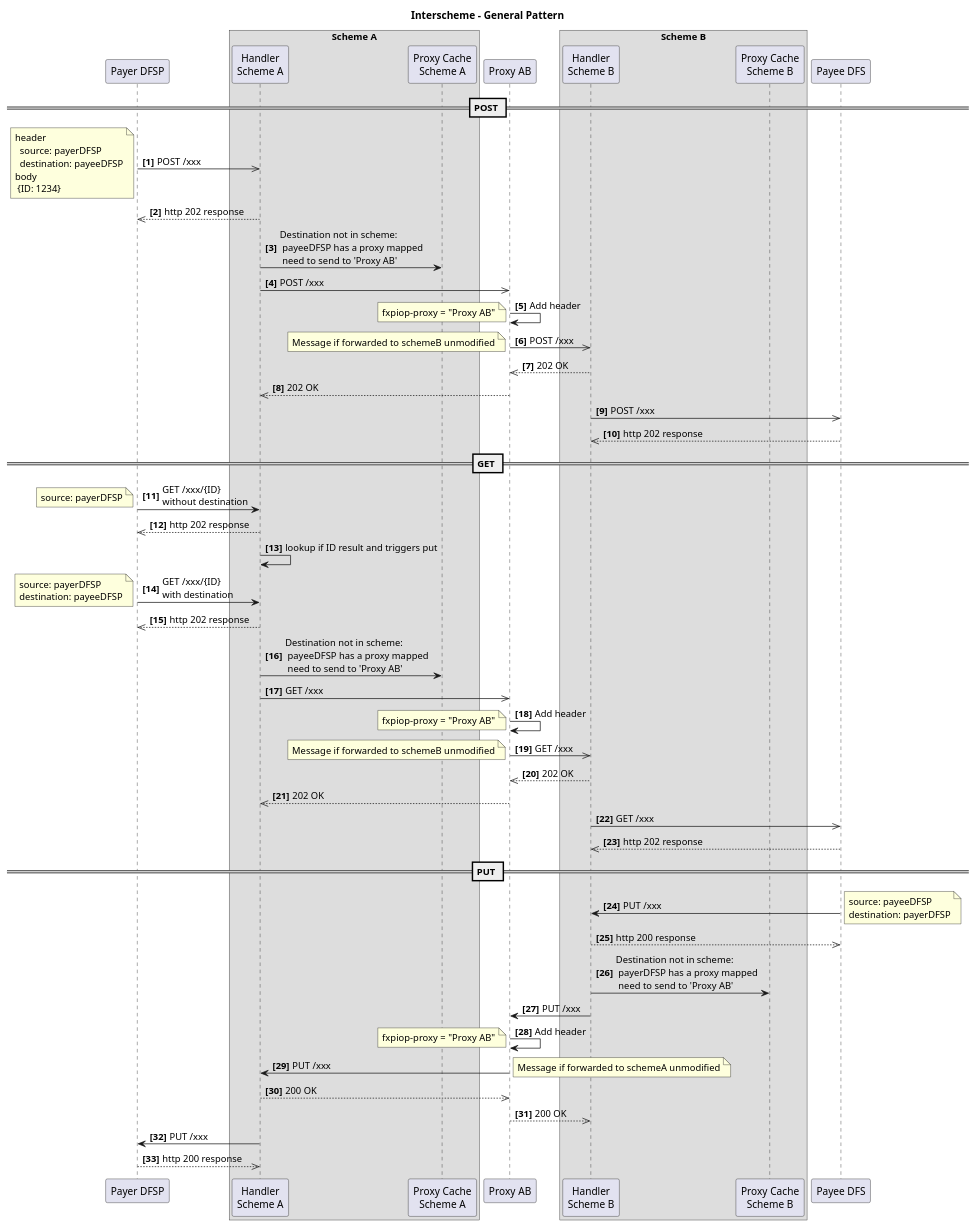
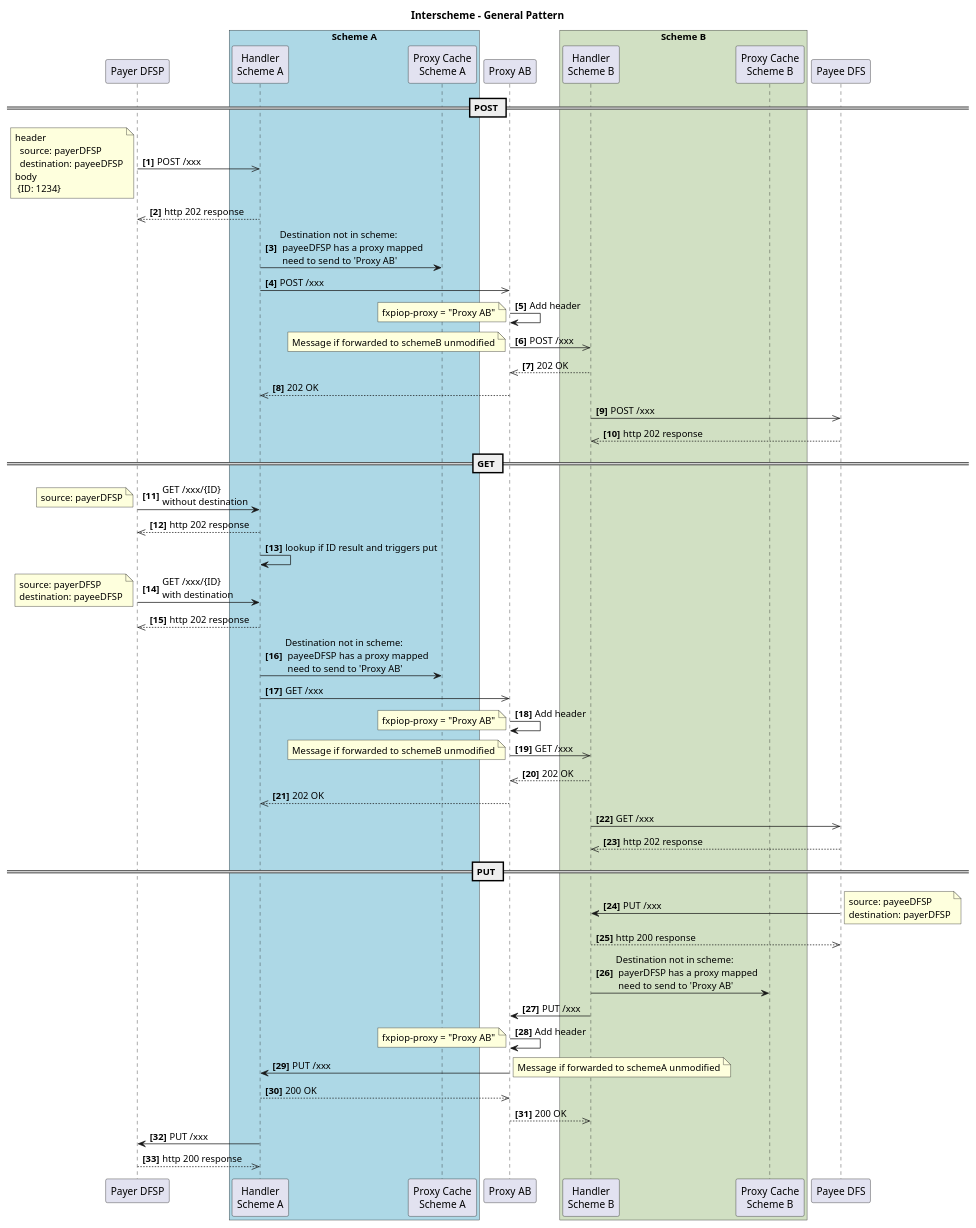
The diagram in docs/product/features/Interscheme/Interscheme - Happy path.plantuml (mojaloop/documentation), drawn with PlantUML before and after one commit. The commit also changed 14 other files, not shown here.

Commit message:
feat: Updated interscheme diagrams

```diff
--- a/docs/product/features/Interscheme/Interscheme - Happy path.plantuml
+++ b/docs/product/features/Interscheme/Interscheme - Happy path.plantuml
@@ -1,106 +1,106 @@
-@startuml
+@startuml Interscheme - Happy path
 
 title Interscheme - General Pattern
 
 participant "Payer DFSP" as payerDFSP
-box "Scheme A"
+box "Scheme A" #LightBlue
     participant "Handler\nScheme A" as schemeA
     participant "Proxy Cache\nScheme A" as pc_A
 end box
 participant "Proxy AB" as xnp
-box "Scheme B"
+box "Scheme B" #d1e0c3
     participant "Handler\nScheme B" as schemeB
     participant "Proxy Cache\nScheme B" as pc_B
 end box
 participant "Payee DFS" as payeeDFSP
 
 autonumber 1 "<b>[0]"
 
 == POST ==
 payerDFSP ->> schemeA: POST /xxx
 note left
 header
   source: payerDFSP
   destination: payeeDFSP
 body
  {ID: 1234}
 end note
 schemeA-->>payerDFSP: http 202 response
 schemeA -> pc_A: Destination not in scheme:\n payeeDFSP has a proxy mapped\n need to send to 'Proxy AB'
 schemeA ->> xnp: POST /xxx
 xnp->xnp: Add header
     note left
     fxpiop-proxy = "Proxy AB"
     end note
 xnp ->> schemeB: POST /xxx
 note left
 Message if forwarded to schemeB unmodified
 end note
     
 schemeB -->> xnp: 202 OK
 xnp -->> schemeA: 202 OK
 
 schemeB ->> payeeDFSP: POST /xxx
 payeeDFSP-->>schemeB: http 202 response
 
 == GET ==
 payerDFSP -> schemeA: GET /xxx/{ID} \nwithout destination
 note left
   source: payerDFSP
 end note
 schemeA-->>payerDFSP: http 202 response
 
 schemeA->schemeA: lookup if ID result and triggers put
 
 payerDFSP -> schemeA: GET /xxx/{ID} \nwith destination
 note left
   source: payerDFSP
   destination: payeeDFSP
 end note
 schemeA-->>payerDFSP: http 202 response
 
 schemeA -> pc_A: Destination not in scheme:\n payeeDFSP has a proxy mapped\n need to send to 'Proxy AB'
 schemeA ->> xnp: GET /xxx
 xnp->xnp: Add header
     note left
     fxpiop-proxy = "Proxy AB"
     end note
 xnp ->> schemeB: GET /xxx
 note left
 Message if forwarded to schemeB unmodified
 end note
 schemeB -->> xnp: 202 OK
 xnp -->> schemeA: 202 OK
 
 schemeB ->> payeeDFSP: GET /xxx
 payeeDFSP-->>schemeB: http 202 response
 
 
 
 == PUT ==
 
 
 payeeDFSP -> schemeB: PUT /xxx
 note right
     source: payeeDFSP
     destination: payerDFSP
 end note
 schemeB-->>payeeDFSP: http 200 response
 
 schemeB -> pc_B: Destination not in scheme:\n payerDFSP has a proxy mapped\n need to send to 'Proxy AB'
 schemeB -> xnp: PUT /xxx
 xnp->xnp: Add header
     note left
     fxpiop-proxy = "Proxy AB"
     end note
 xnp -> schemeA: PUT /xxx
 note right
 Message if forwarded to schemeA unmodified
 end note
 schemeA -->> xnp: 200 OK
 xnp -->> schemeB: 200 OK
 
 schemeA -> payerDFSP: PUT /xxx
 payerDFSP-->>schemeA: http 200 response
 
 @enduml
```
